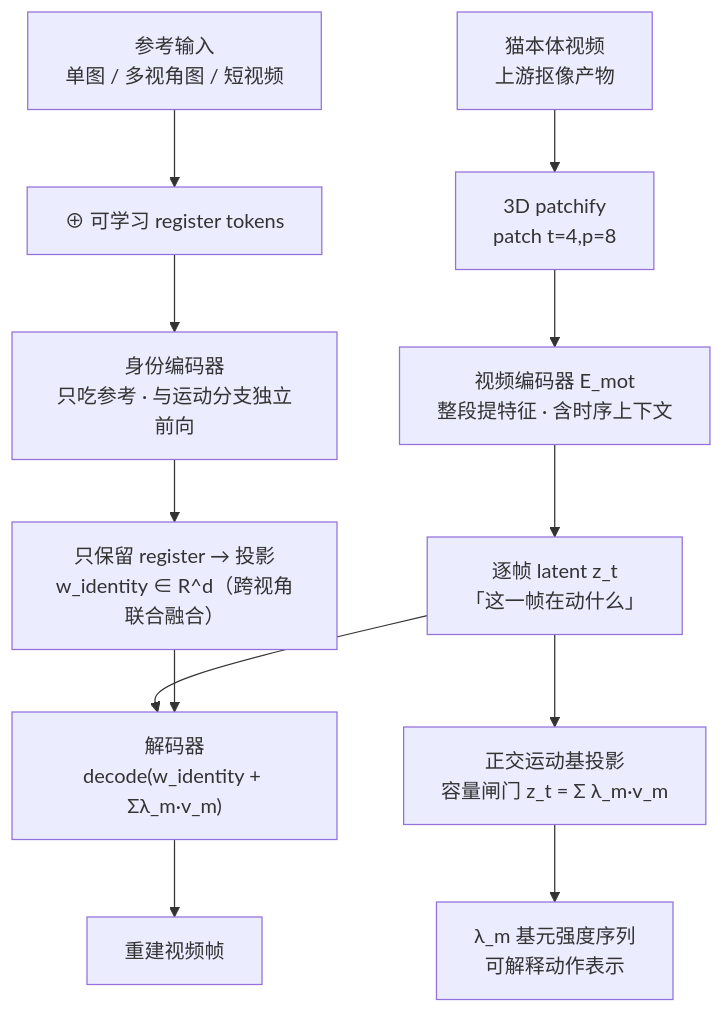
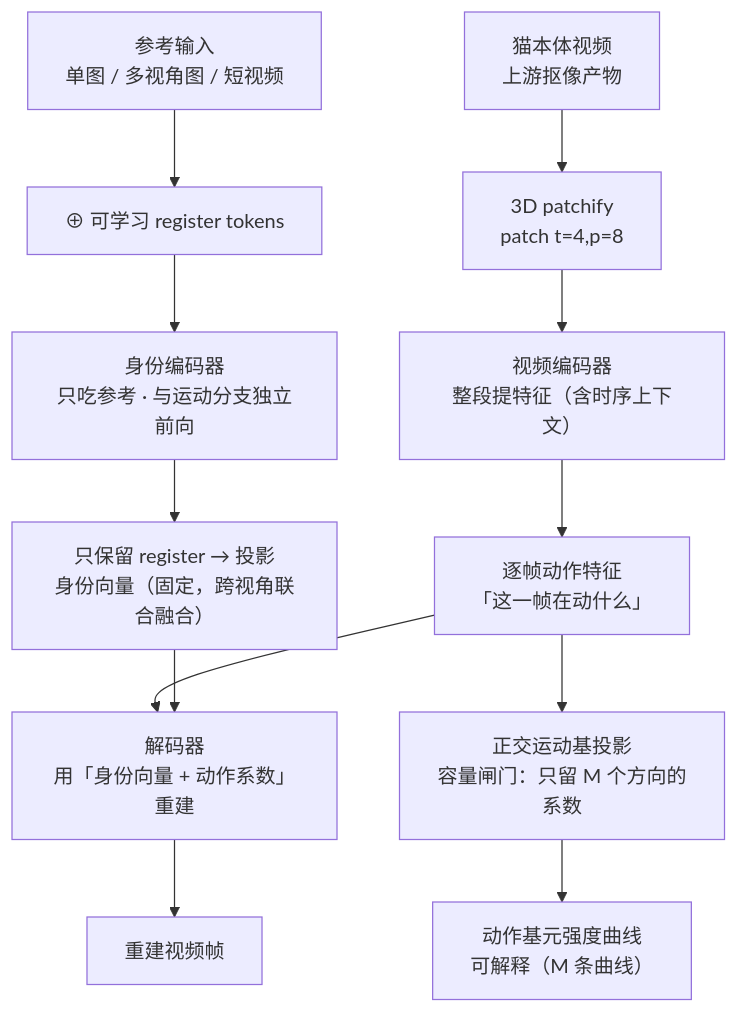
One commit to gongshangzheng/pet-action-recognition changed the first of 2 diagrams in management/docs/identity-tokenizer.md. Above: the diagram before and after it, drawn with Mermaid. The commit also changed other lines of this file and 1 other file, not shown here.

Commit message:
docs: 图可读性修复（Mermaid 去符号）+ 补动作识别范式澄清
用户两点反馈：

一、Mermaid 里直接写 w_identity / λ_t / Σλ_m·v_m —— 读者看不懂
  高层文档的图必须自解释，公式属于正文。已改：
    w_identity → 「身份向量（固定）」；λ_t → 「逐帧动作系数」
    z_t → 「逐帧动作特征」；Σλ_m·v_m → 「只留 M 个方向的系数」
    decode(w_identity + Σλ_m·v_m) → 「用「身份 + 动作系数」重建」
  并在架构 §2.4 与 8号 §3 图后各加一张「图的读法（符号对照）」表：
    身份向量/逐帧动作特征/动作系数/动作基元曲线/正交运动基/重建
  修 6 处 Mermaid + 1 处训练流程图；全库复扫：Mermaid 内已无裸数学符号。

二、补动作识别的范式澄清（架构 §2.6 四范式表重写）
  新增两条必须先破除的混淆：
    1. 输入变长 ≠ 输出变长（主流是「变长输入 → 定长输出」，靠均匀采样压成 T 帧）
    2. 多 clip 测试 ≠ 多动作（num_clips=10 是同一 clip 采样 10 次做平均，仍只出 1 个标签）
  补：为什么主流都是单标签（标注体系锁死）；TAD/TAS 必需标注（边界/逐帧）我们没有
  → 不能直接训 TAD/TAS，只能走「逐窗标签 + 时序后处理成段」+ 变化点检测/最小段长约束
  补：输出形态本身要求多段（「3:00-3:15 舔毛，3:15-3:40 走动」）→ 多段不是要不要，是形态决定

````diff
--- a/management/docs/identity-tokenizer.md
+++ b/management/docs/identity-tokenizer.md
@@ -60,18 +60,18 @@
 ```mermaid
 flowchart TD
     R["参考输入<br/>单图 / 多视角图 / 短视频"] --> RT["⊕ 可学习 register tokens"]
     RT --> E0["身份编码器<br/>只吃参考 · 与运动分支独立前向"]
-    E0 --> L["只保留 register → 投影<br/>w_identity ∈ R^d（跨视角联合融合）"]
+    E0 --> L["只保留 register → 投影<br/>身份向量（固定，跨视角联合融合）"]
 
     A[猫本体视频<br/>上游抠像产物] --> B["3D patchify<br/>patch t=4,p=8"]
-    B --> C["视频编码器 E_mot<br/>整段提特征 · 含时序上下文"]
+    B --> C["视频编码器<br/>整段提特征（含时序上下文）"]
 
-    C --> F[逐帧 latent z_t<br/>「这一帧在动什么」]
+    C --> F["逐帧动作特征<br/>「这一帧在动什么」"]
 
-    F --> H["正交运动基投影<br/>容量闸门 z_t = Σ λ_m·v_m"]
-    H --> I["λ_m 基元强度序列<br/>可解释动作表示"]
+    F --> H["正交运动基投影<br/>容量闸门：只留 M 个方向的系数"]
+    H --> I["动作基元强度曲线<br/>可解释（M 条曲线）"]
 
-    F --> J["解码器<br/>decode(w_identity + Σλ_m·v_m)"]
+    F --> J["解码器<br/>用「身份向量 + 动作系数」重建"]
     L --> J
     J --> K[重建视频帧]
 ```
````
